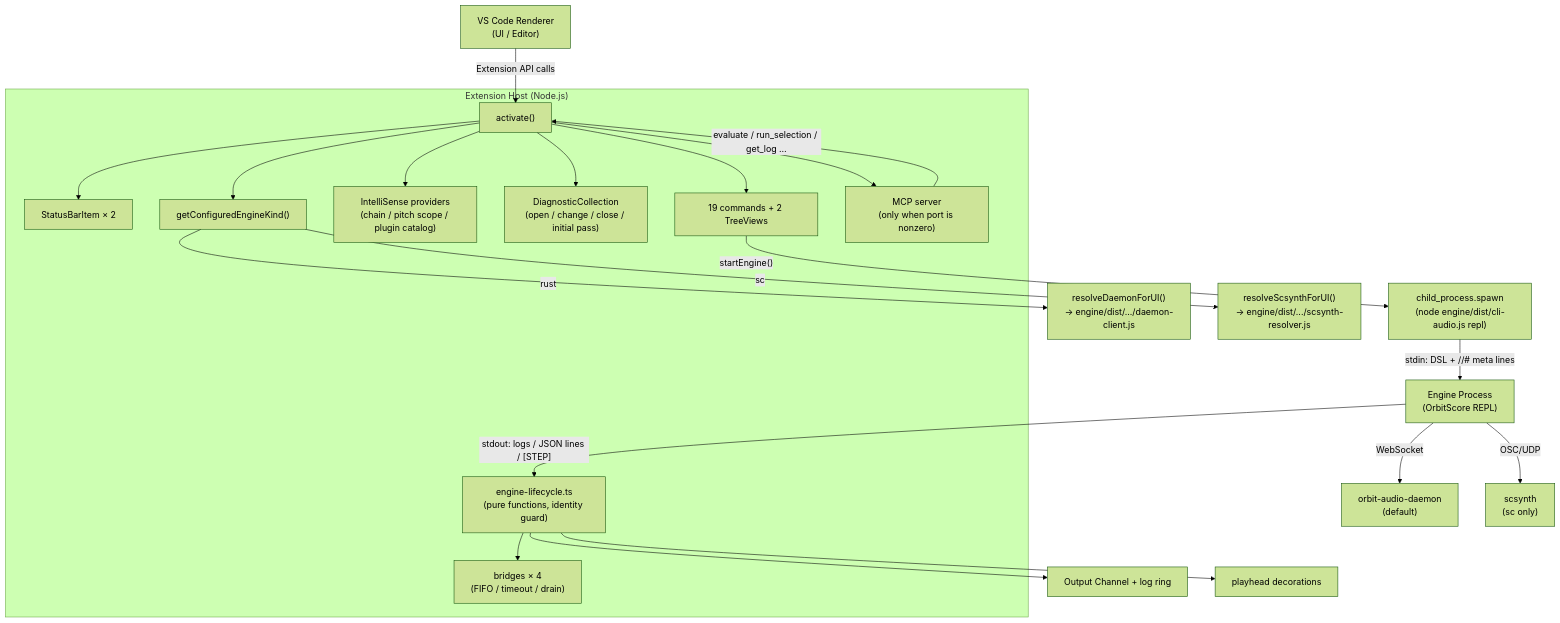
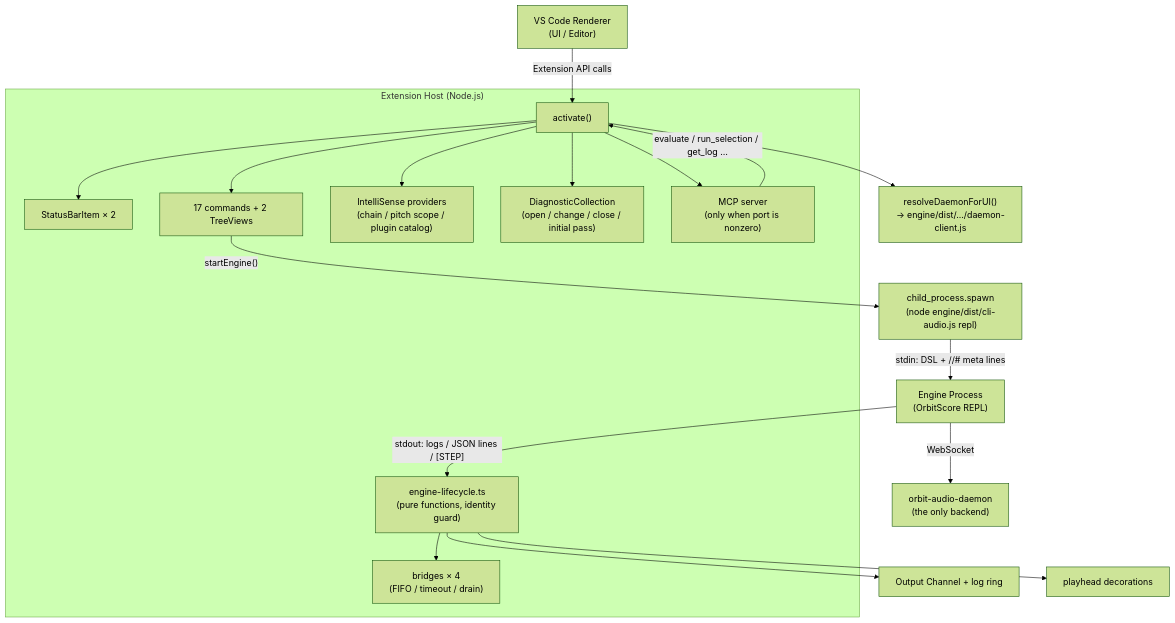
The diagram in sites/dev/en/editor/vscode-architecture.md (signalcompose/orbitscore), drawn with Mermaid (forest theme) before and after one commit. The commit also changed other lines of this file and 23 other files, not shown here.

````diff
--- a/sites/dev/en/editor/vscode-architecture.md
+++ b/sites/dev/en/editor/vscode-architecture.md
@@ -870,29 +869,26 @@
 ```mermaid
 flowchart TD
     A["VS Code Renderer\n(UI / Editor)"] -->|"Extension API calls"| B
 
     subgraph ExtHost["Extension Host (Node.js)"]
         B["activate()"]
         B --> C["StatusBarItem × 2"]
-        B --> D["19 commands + 2 TreeViews"]
+        B --> D["17 commands + 2 TreeViews"]
         B --> E["IntelliSense providers\n(chain / pitch scope / plugin catalog)"]
         B --> F["DiagnosticCollection\n(open / change / close / initial pass)"]
-        B --> G["getConfiguredEngineKind()"]
         B --> MCP["MCP server\n(only when port is nonzero)"]
         LC["engine-lifecycle.ts\n(pure functions, identity guard)"]
         BR["bridges × 4\n(FIFO / timeout / drain)"]
     end
 
-    G -->|"rust"| H1["resolveDaemonForUI()\n→ engine/dist/.../daemon-client.js"]
-    G -->|"sc"| H2["resolveScsynthForUI()\n→ engine/dist/.../scsynth-resolver.js"]
+    B --> H1["resolveDaemonForUI()\n→ engine/dist/.../daemon-client.js"]
 
     D -->|"startEngine()"| N["child_process.spawn\n(node engine/dist/cli-audio.js repl)"]
     N -->|"stdin: DSL + //# meta lines"| O["Engine Process\n(OrbitScore REPL)"]
     O -->|"stdout: logs / JSON lines / [STEP]"| LC
     LC --> P["Output Channel + log ring"]
     LC --> BR
     LC --> PH["playhead decorations"]
-    O -->|"WebSocket"| Q1["orbit-audio-daemon\n(default)"]
-    O -->|"OSC/UDP"| Q2["scsynth\n(sc only)"]
+    O -->|"WebSocket"| Q1["orbit-audio-daemon\n(the only backend)"]
     MCP -->|"evaluate / run_selection / get_log …"| B
 ```
````
